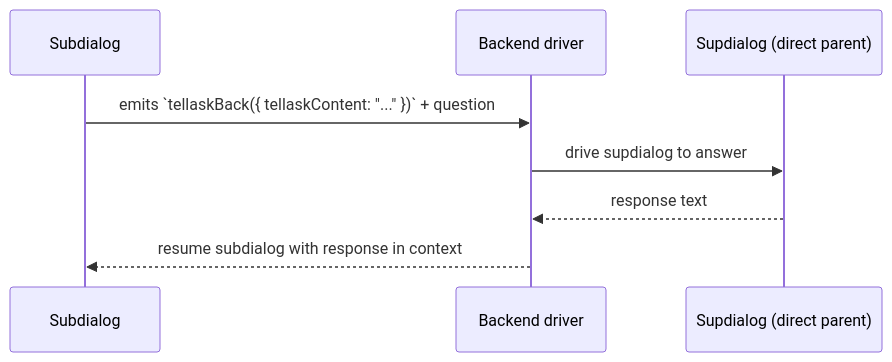
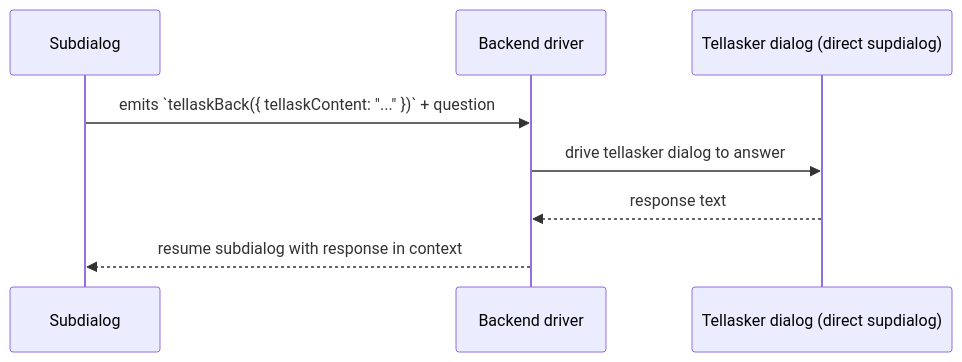
One commit to longrun-ai/dominds changed diagram 11 of 18 in docs/dialog-system.md. Above: the diagram before and after it, drawn with Mermaid. The commit also changed other lines of this file and 13 other files, not shown here.

````diff
--- a/docs/dialog-system.md
+++ b/docs/dialog-system.md
@@ -1095,11 +1133,11 @@
 ```mermaid
 sequenceDiagram
   participant Sub as Subdialog
   participant Driver as Backend driver
-  participant Sup as Supdialog (direct parent)
+  participant Sup as Tellasker dialog (direct supdialog)
 
   Sub->>Driver: emits `tellaskBack({ tellaskContent: "..." })` + question
-  Driver->>Sup: drive supdialog to answer
+  Driver->>Sup: drive tellasker dialog to answer
   Sup-->>Driver: response text
   Driver-->>Sub: resume subdialog with response in context
 ```
````
